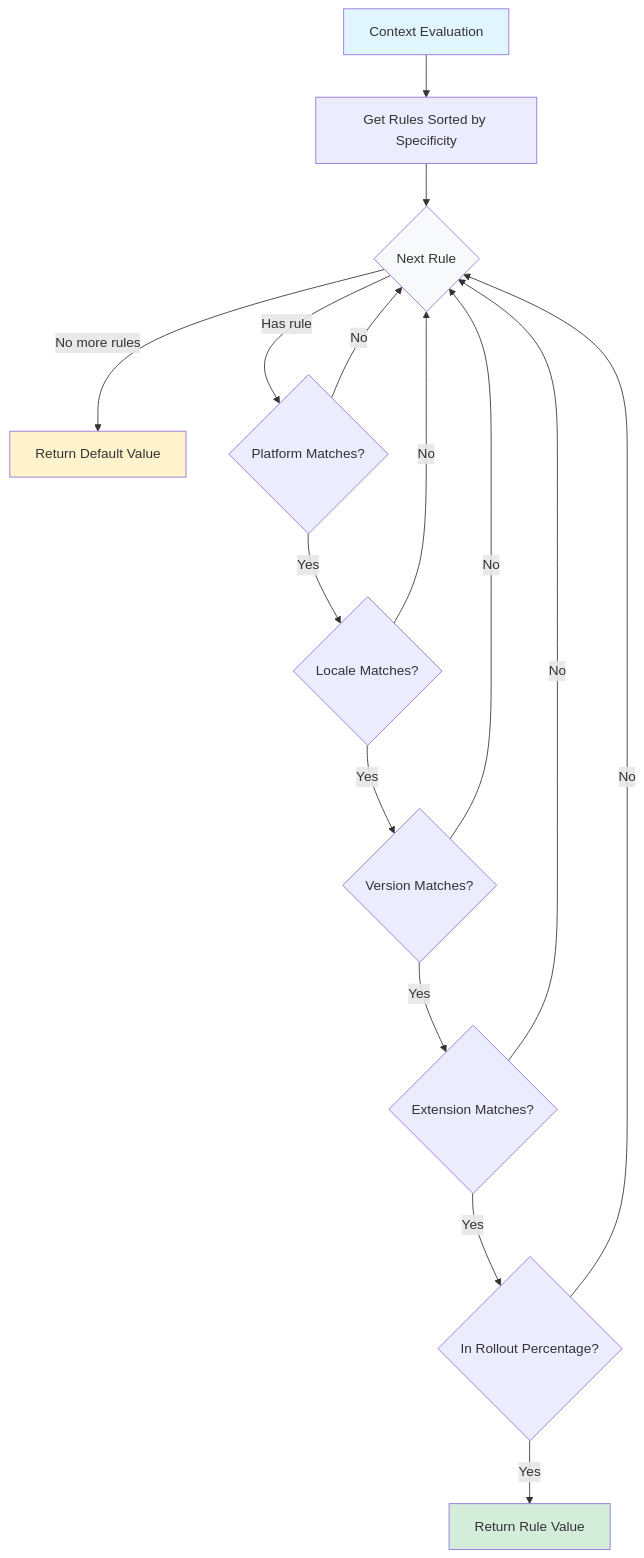
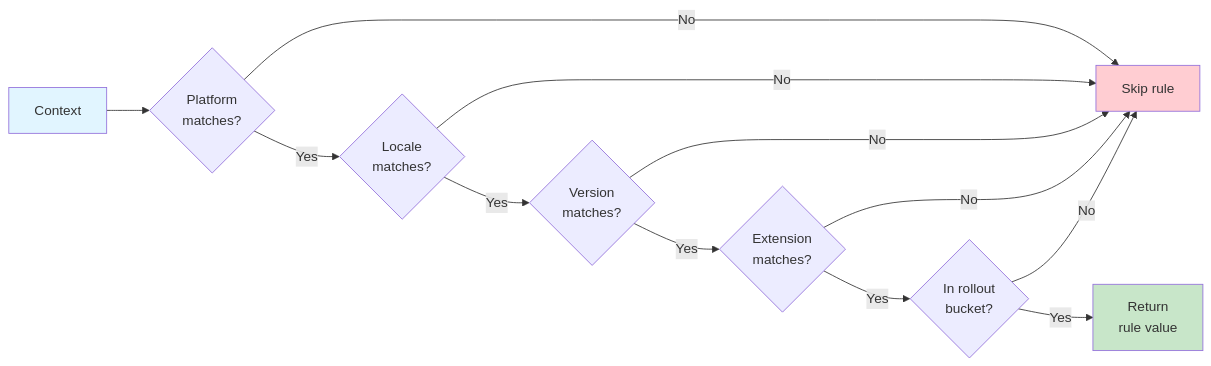
The first of 4 diagrams in docs/Rules.md (amichne/konditional), drawn with Mermaid before and after one commit. The commit also changed other lines of this file and 18 other files, not shown here.

````diff
--- a/docs/Rules.md
+++ b/docs/Rules.md
@@ -255,27 +43,18 @@
 ```mermaid
-flowchart TD
-    Start[Context Evaluation] --> Rules[Get Rules Sorted by Specificity]
-    Rules --> NextRule{Next Rule}
-    NextRule -->|No more rules| Default[Return Default Value]
-    NextRule -->|Has rule| CheckPlatform{Platform Matches?}
+flowchart LR
+    Context[Context] --> Platform{Platform<br/>matches?}
+    Platform -->|No| Skip[Skip rule]
+    Platform -->|Yes| Locale{Locale<br/>matches?}
+    Locale -->|No| Skip
+    Locale -->|Yes| Version{Version<br/>matches?}
+    Version -->|No| Skip
+    Version -->|Yes| Extension{Extension<br/>matches?}
+    Extension -->|No| Skip
+    Extension -->|Yes| Rollout{In rollout<br/>bucket?}
+    Rollout -->|No| Skip
+    Rollout -->|Yes| Return[Return<br/>rule value]
 
-    CheckPlatform -->|No| NextRule
-    CheckPlatform -->|Yes| CheckLocale{Locale Matches?}
-
-    CheckLocale -->|No| NextRule
-    CheckLocale -->|Yes| CheckVersion{Version Matches?}
-
-    CheckVersion -->|No| NextRule
-    CheckVersion -->|Yes| CheckExtension{Extension Matches?}
-
-    CheckExtension -->|No| NextRule
-    CheckExtension -->|Yes| CheckRollout{In Rollout Percentage?}
-
-    CheckRollout -->|No| NextRule
-    CheckRollout -->|Yes| Return[Return Rule Value]
-
-    style Start fill:#e1f5ff
-    style Return fill:#d4edda
-    style Default fill:#fff3cd
-    style NextRule fill:#f8f9fa
+    style Context fill:#e1f5ff
+    style Return fill:#c8e6c9
+    style Skip fill:#ffcdd2
 ```
````
